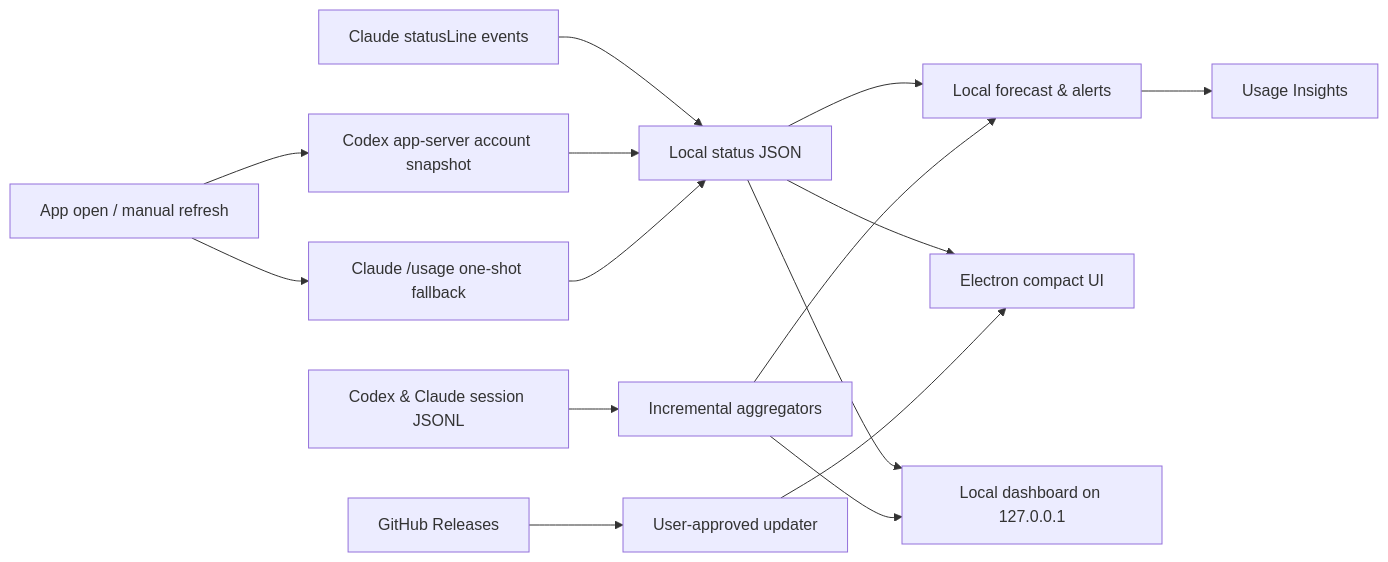
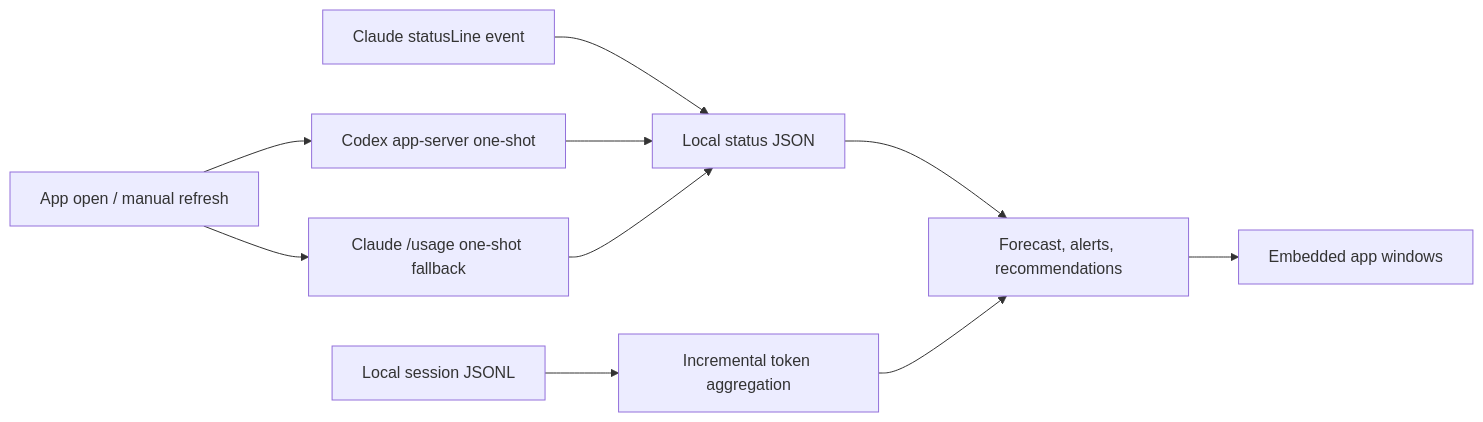
One commit to Kyuhan1230/ai-usage-monitor changed the diagram in README.md. Above: the diagram before and after it, drawn with Mermaid. The commit also changed other lines of this file and 54 other files, not shown here.

Commit message:
refactor(app): remove local server runtime

````diff
--- a/README.md
+++ b/README.md
@@ -113,17 +113,12 @@
 ```mermaid
 flowchart LR
-    A["App open / manual refresh"] --> B["Codex app-server account snapshot"]
+    A["App open / manual refresh"] --> B["Codex app-server one-shot"]
     A --> C["Claude /usage one-shot fallback"]
-    D["Claude statusLine events"] --> E["Local status JSON"]
+    D["Claude statusLine event"] --> E["Local status JSON"]
     B --> E
     C --> E
-    F["Codex & Claude session JSONL"] --> G["Incremental aggregators"]
-    E --> L["Local forecast & alerts"]
-    G --> L
-    L --> M["Usage Insights"]
-    E --> H["Electron compact UI"]
-    E --> I["Local dashboard on 127.0.0.1"]
-    G --> I
-    J["GitHub Releases"] --> K["User-approved updater"]
-    K --> H
+    F["Local session JSONL"] --> G["Incremental token aggregation"]
+    E --> H["Forecast, alerts, recommendations"]
+    G --> H
+    H --> I["Embedded app windows"]
 ```
````
